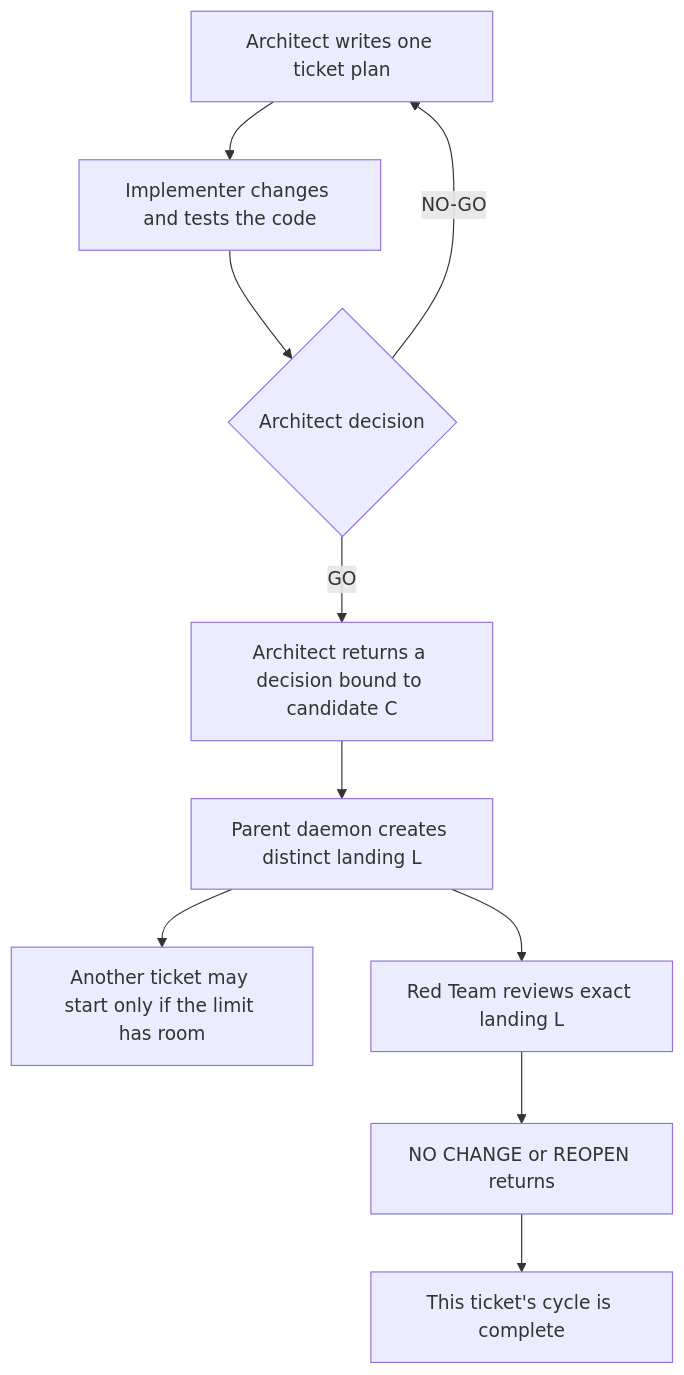
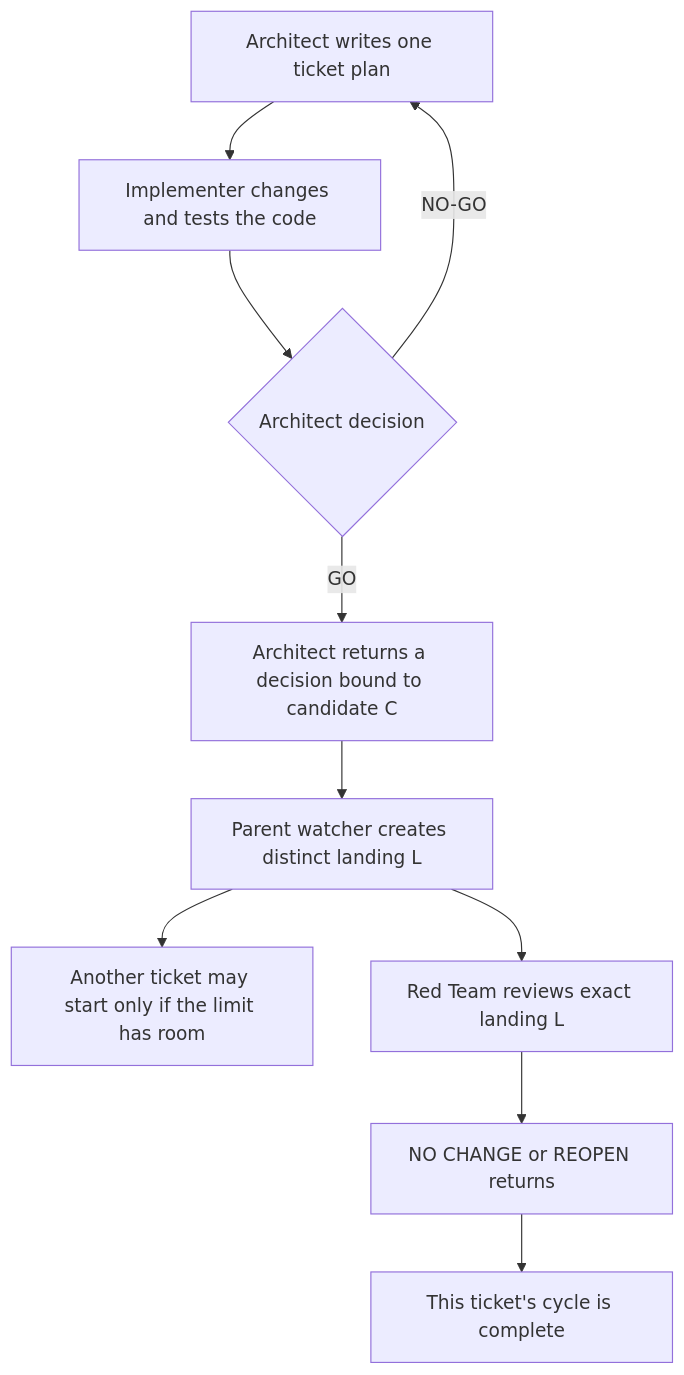
Before and after one commit to SBU-COSMOLIKE/emulators_code_v2: the diagram in ai/tools/README.md, drawn with Mermaid. The commit also changed other lines of this file and 1 other file, not shown here.

````diff
--- a/ai/tools/README.md
+++ b/ai/tools/README.md
@@ -1314,12 +1388,12 @@
 ```mermaid
 flowchart TD
   A["Architect writes one ticket plan"] --> I["Implementer changes and tests the code"]
   I --> D{"Architect decision"}
   D -->|"NO-GO"| A
   D -->|"GO"| C["Architect returns a decision bound to candidate C"]
-  C --> L["Parent daemon creates distinct landing L"]
+  C --> L["Parent watcher creates distinct landing L"]
   L --> N["Another ticket may start only if the limit has room"]
   L --> R["Red Team reviews exact landing L"]
   R --> X["NO CHANGE or REOPEN returns"]
   X --> Z["This ticket's cycle is complete"]
 ```
````
